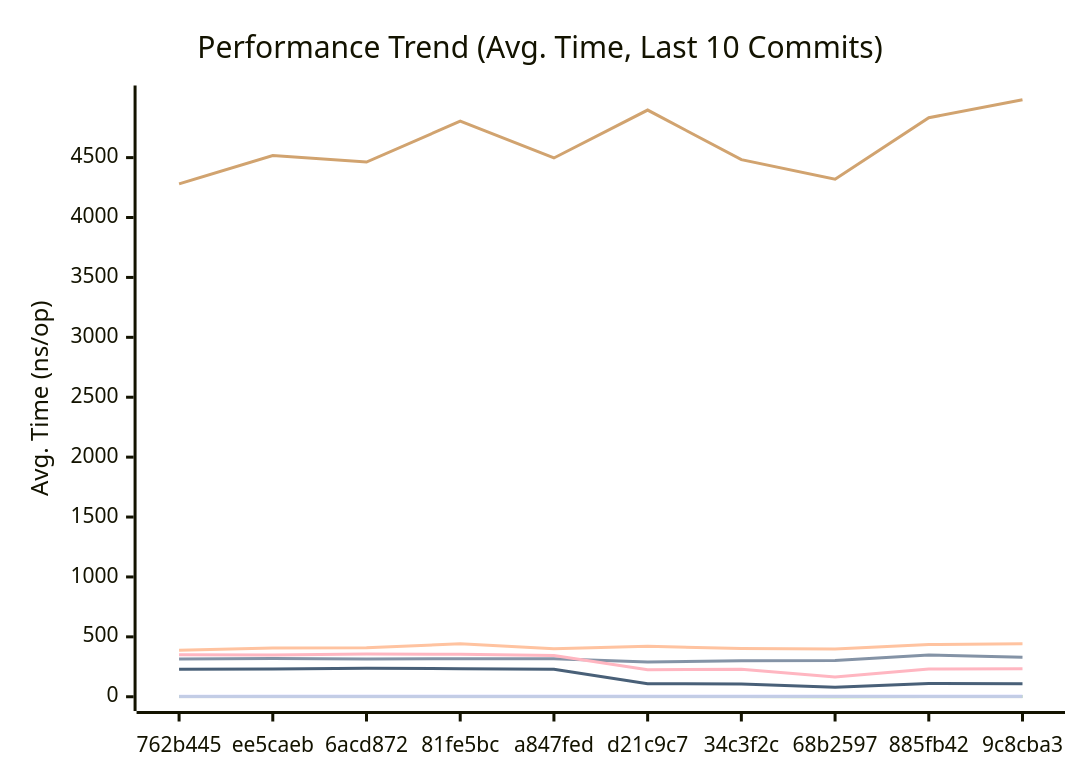
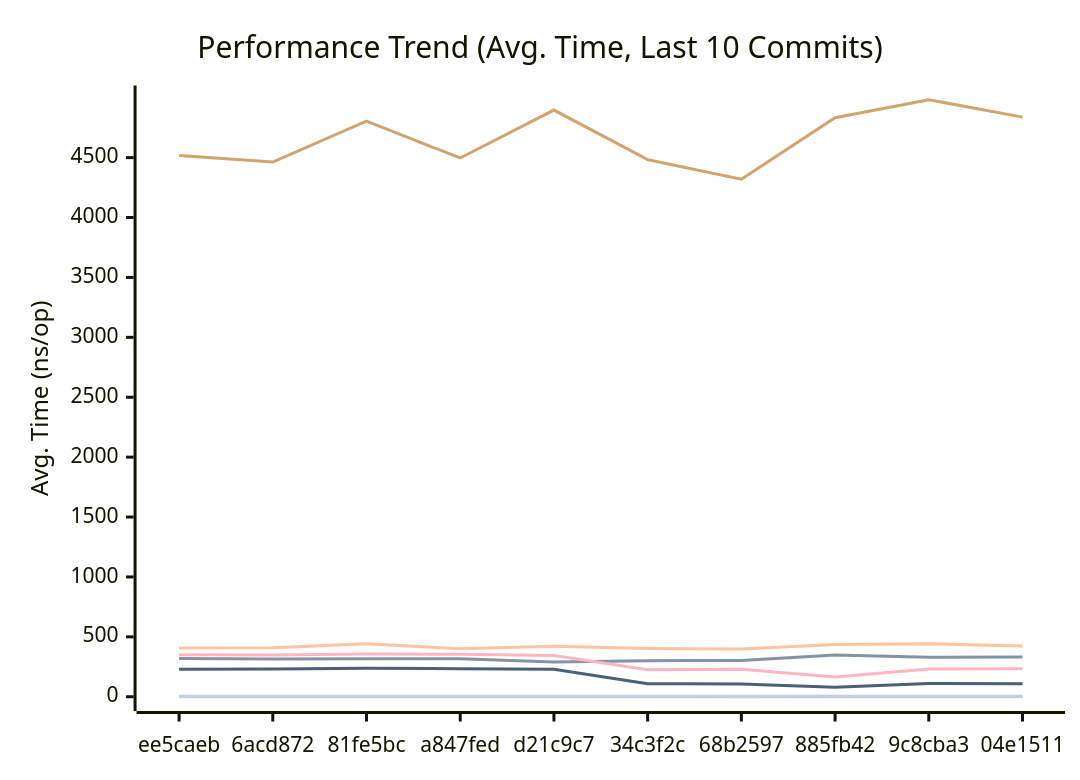
One commit to alsotoes/momo changed the first of 3 diagrams in docs/PERFORMANCE.md. Above: the diagram before and after it, drawn with Mermaid. The commit also changed other lines of this file and 3 other files, not shown here.

````diff
--- a/docs/PERFORMANCE.md
+++ b/docs/PERFORMANCE.md
@@ -80,16 +80,16 @@
 ```mermaid
 xychart-beta
     title "Performance Trend (Avg. Time, Last 10 Commits)"
     x-axis "Commit"
     y-axis "Avg. Time (ns/op)"
-    x-axis [762b445,ee5caeb,6acd872,81fe5bc,a847fed,d21c9c7,34c3f2c,68b2597,885fb42,9c8cba3]
-    line "CheckMetricsAndSwap" [7,8,8,9,8,9,9,8,9,9]
-    line "CrushOptimized" [316,320,315,318,317,290,301,303,349,330]
-    line "CrushOriginal" [388,406,408,443,400,422,402,399,436,442]
+    x-axis [ee5caeb,6acd872,81fe5bc,a847fed,d21c9c7,34c3f2c,68b2597,885fb42,9c8cba3,04e1511]
+    line "CheckMetricsAndSwap" [8,8,9,8,9,9,8,9,9,8]
+    line "CrushOptimized" [320,315,318,317,290,301,303,349,330,331]
+    line "CrushOriginal" [406,408,443,400,422,402,399,436,442,423]
     line "IndexDirectTracking" [0,0,0,0,0,0,0,0,0,0]
-    line "IndexSearch" [2,2,2,2,2,2,2,1,2,2]
-    line "LoadGlobalConfig" [4281,4517,4463,4804,4497,4897,4483,4320,4833,4983]
+    line "IndexSearch" [2,2,2,2,2,2,1,2,2,2]
+    line "LoadGlobalConfig" [4517,4463,4804,4497,4897,4483,4320,4833,4983,4838]
     line "PadString" [2,2,2,2,2,2,2,2,2,2]
     line "ParseReplicationOrder_NoPrealloc" [350,349,357,354,345,225,229,165,232,234]
     line "ParseReplicationOrder_Prealloc" [229,231,237,234,229,108,107,80,110,109]
 ```
````
